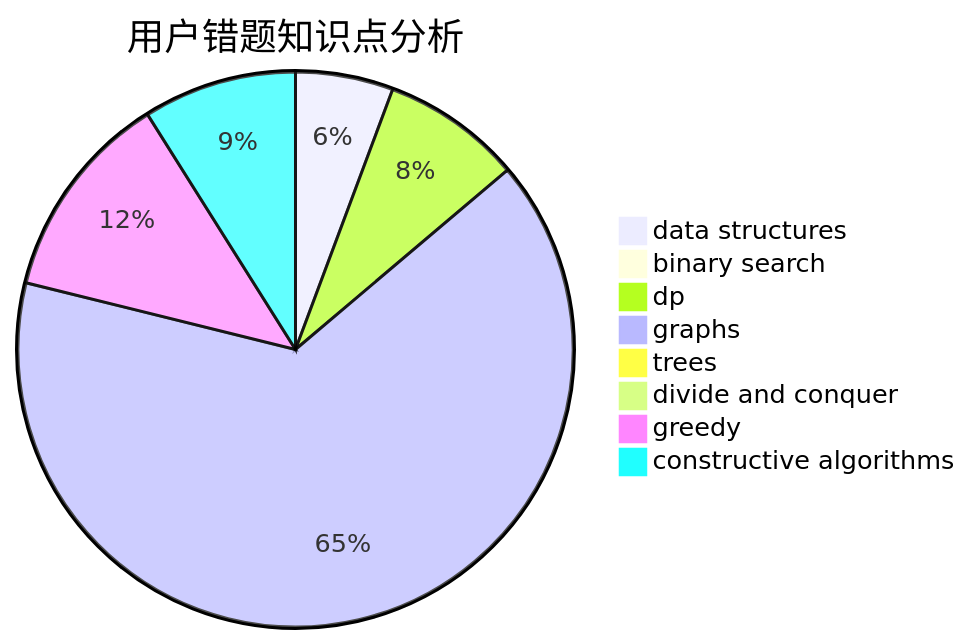
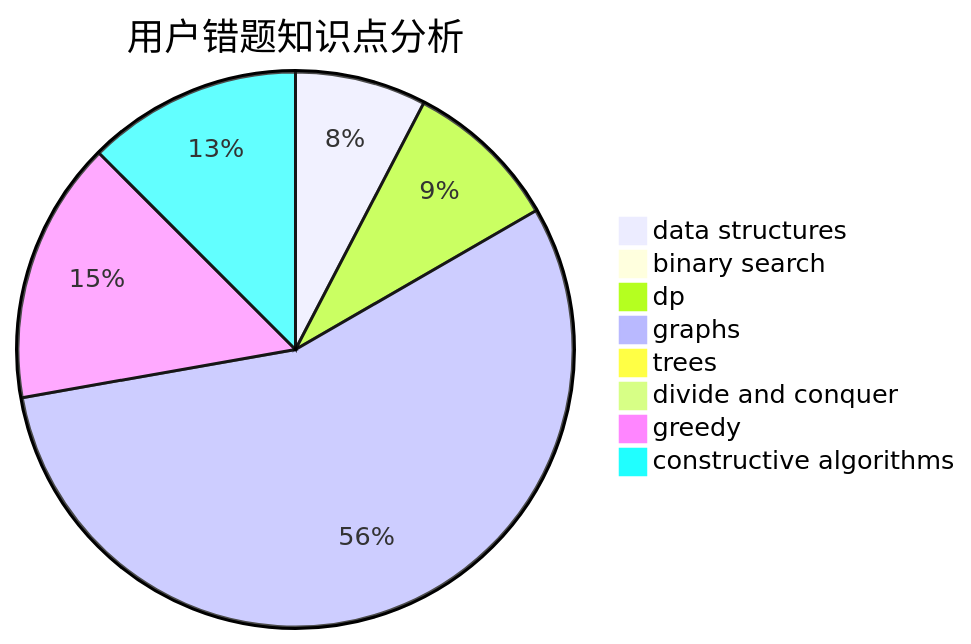
One commit to sherpahu/cfrs.github.io changed the third of 3 diagrams in docs/user/u699.md. Above: the diagram before and after it, drawn with Mermaid. The commit also changed other lines of this file and 2770 other files, not shown here.

````diff
--- a/docs/user/u699.md
+++ b/docs/user/u699.md
@@ -36,11 +36,11 @@
 ```mermaid
 pie title 用户错题知识点分析
-    "data structures" :  7
+    "data structures" :  11
     "binary search" :  0
-    "dp" :  10
+    "dp" :  13
     "graphs" :  80
     "trees" :  0
     "divide and conquer" :  0
-    "greedy" :  15
-    "constructive algorithms" :  11
+    "greedy" :  22
+    "constructive algorithms" :  18
 ```
````
